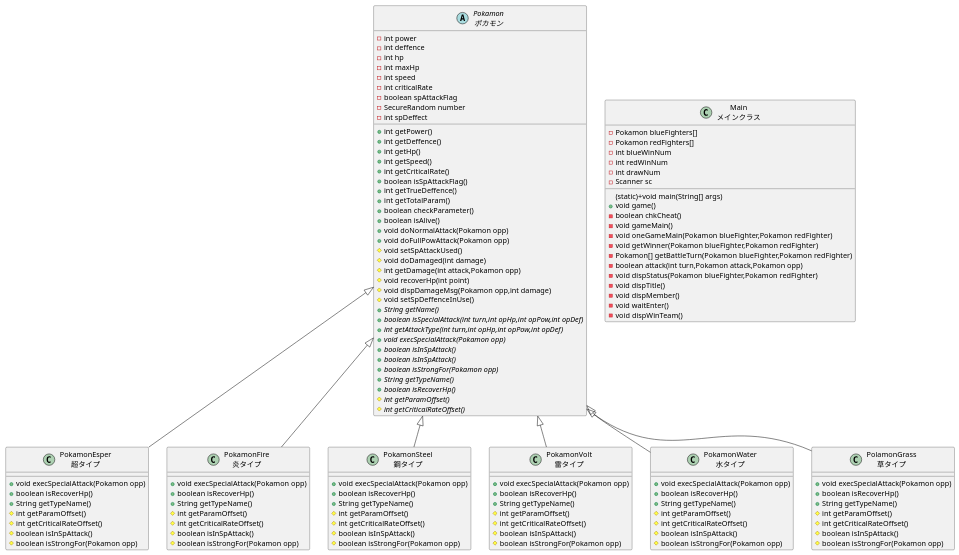
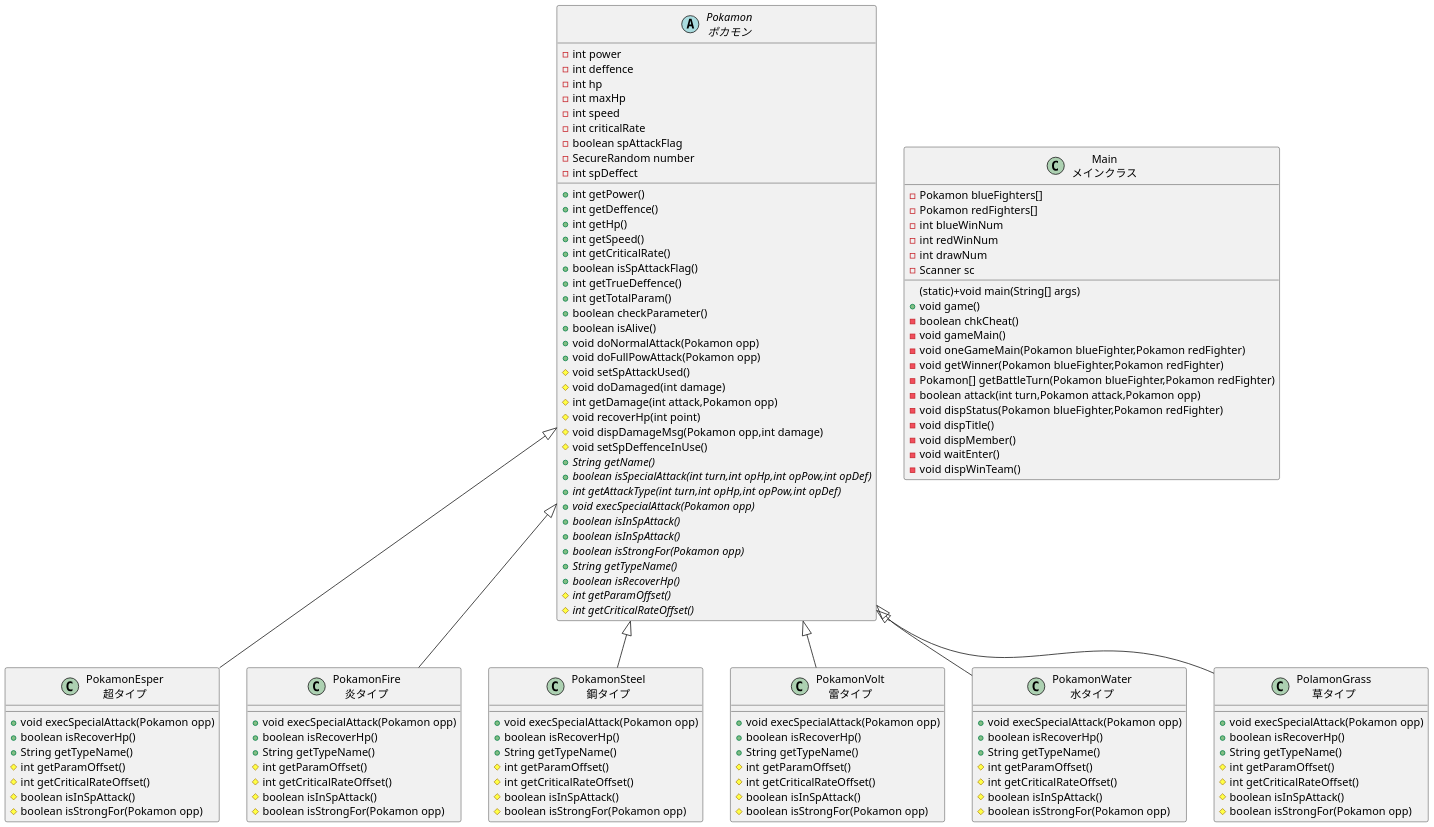
The diagram in Pokamon.md (nishino-naoyuki/2021design), drawn with PlantUML before and after one commit.

```diff
--- a/Pokamon.md
+++ b/Pokamon.md
@@ -123,6 +123,7 @@
   -void dispWinTeam()
 }
 
+scale 1.5
 pokamon <|-- pokamonEsper
 pokamon <|-- pokamonFire
 pokamon <|-- pokamonSteel
```
